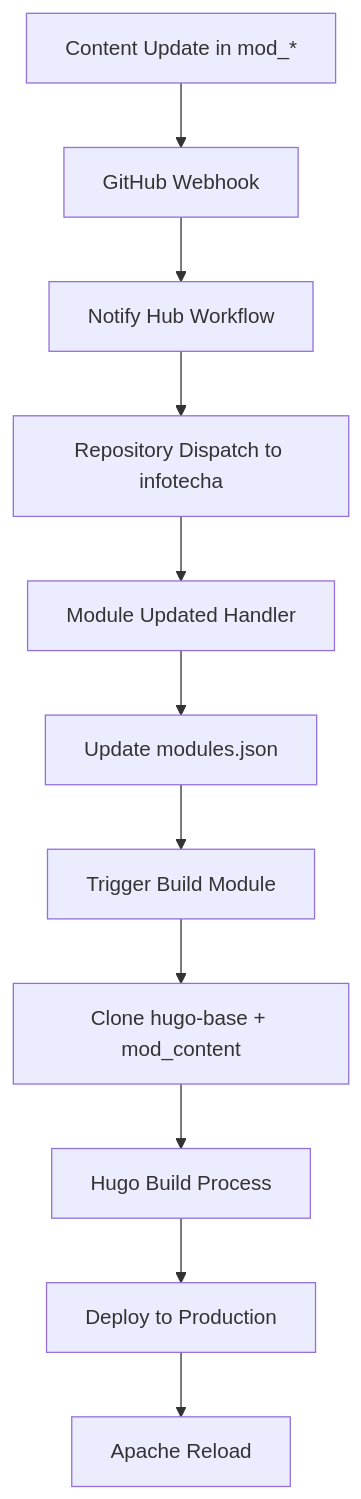
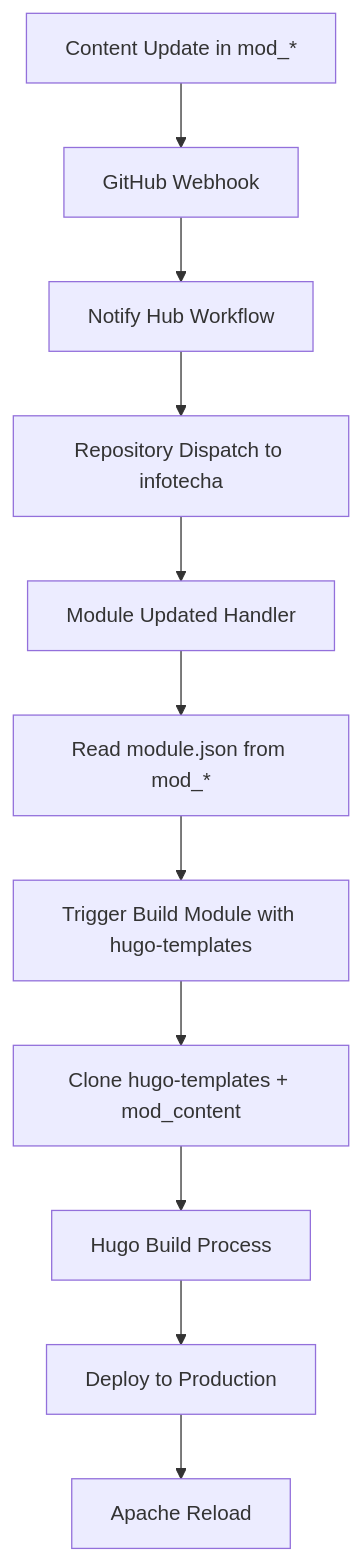
The diagram in architecture.md (info-tech-io/info-tech), drawn with Mermaid before and after one commit. The commit also changed other lines of this file and 5 other files, not shown here.

````diff
--- a/architecture.md
+++ b/architecture.md
@@ -193,13 +191,13 @@
 ```mermaid
 graph TD
     A[Content Update in mod_*] --> B[GitHub Webhook]
     B --> C[Notify Hub Workflow]
     C --> D[Repository Dispatch to infotecha]
     D --> E[Module Updated Handler]
-    E --> F[Update modules.json]
-    F --> G[Trigger Build Module]
-    G --> H[Clone hugo-base + mod_content]
+    E --> F[Read module.json from mod_*]
+    F --> G[Trigger Build Module with hugo-templates]
+    G --> H[Clone hugo-templates + mod_content]
     H --> I[Hugo Build Process]
     I --> J[Deploy to Production]
     J --> K[Apache Reload]
 ```
````
